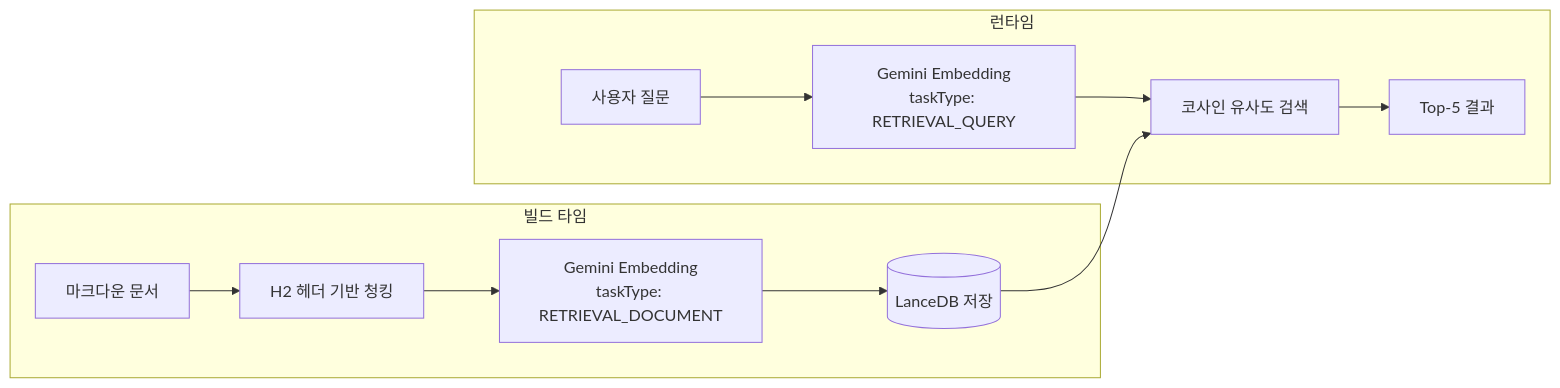
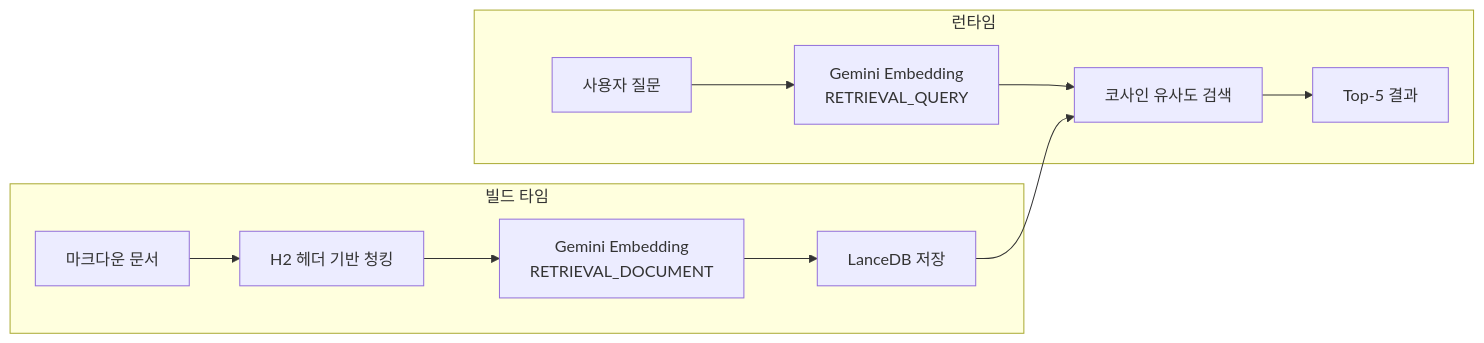
Before and after one commit to genie49/genie-cv: the diagram in data/content/notes/chatbot-asymmetric-embedding.md, drawn with Mermaid. The commit also changed other lines of this file and 2 other files, not shown here.

````diff
--- a/data/content/notes/chatbot-asymmetric-embedding.md
+++ b/data/content/notes/chatbot-asymmetric-embedding.md
@@ -58,15 +30,15 @@
 ```mermaid
 flowchart LR
     subgraph "빌드 타임"
-        Doc[마크다운 문서] --> H2[H2 헤더 기반 청킹]
-        H2 --> DocEmbed["Gemini Embedding<br/>taskType: RETRIEVAL_DOCUMENT"]
-        DocEmbed --> Store[(LanceDB 저장)]
+        Doc["마크다운 문서"] --> H2["H2 헤더 기반 청킹"]
+        H2 --> DocEmbed["Gemini Embedding<br/>RETRIEVAL_DOCUMENT"]
+        DocEmbed --> Store["LanceDB 저장"]
     end
 
     subgraph "런타임"
-        Query[사용자 질문] --> QueryEmbed["Gemini Embedding<br/>taskType: RETRIEVAL_QUERY"]
+        Query["사용자 질문"] --> QueryEmbed["Gemini Embedding<br/>RETRIEVAL_QUERY"]
         QueryEmbed --> Search["코사인 유사도 검색"]
         Store --> Search
-        Search --> Top5[Top-5 결과]
+        Search --> Top5["Top-5 결과"]
     end
 ```
````
